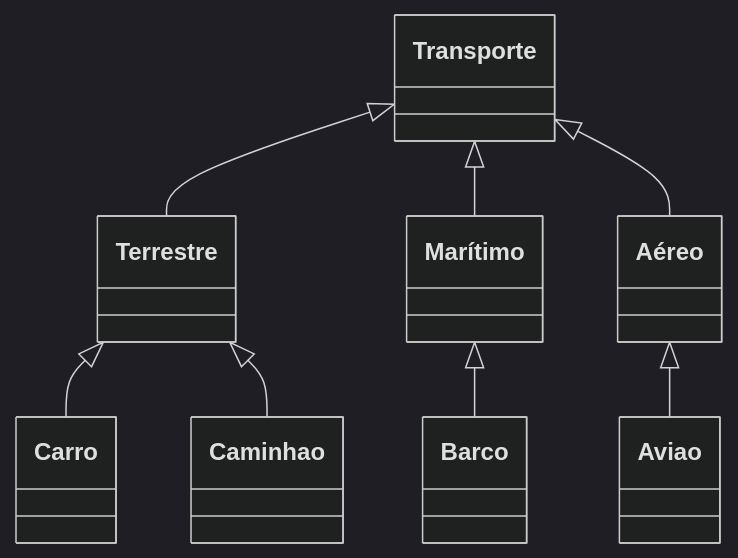
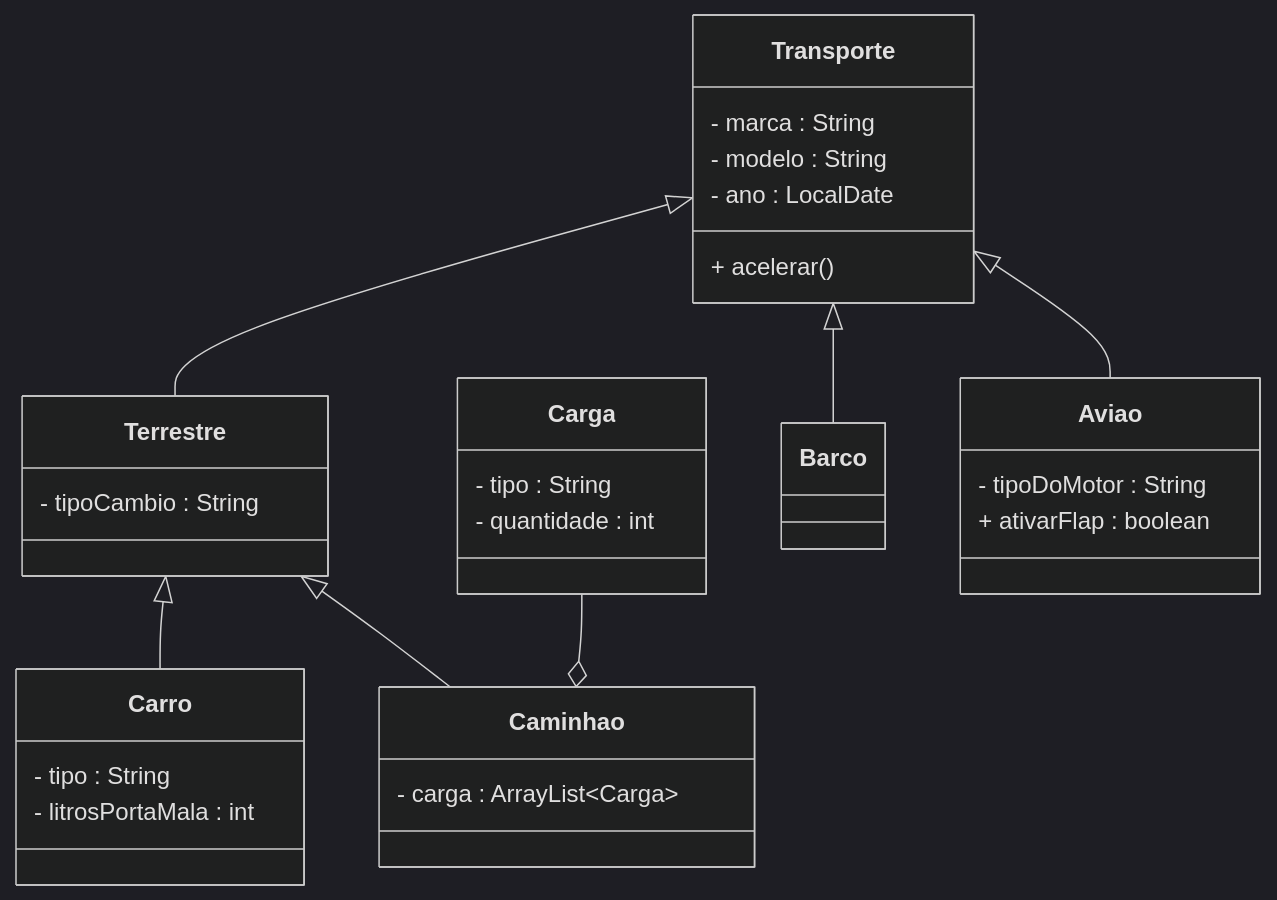
One commit to feliperezn/IFSC-ADS-POO-2026-2 changed the third of 3 diagrams in Aulas/2026-10-14-aula/readme.md. Above: the diagram before and after it, drawn with Mermaid (dark theme). The commit also changed 1 other file, not shown here.

Commit message:
docs: detalhar diagrama de classes de transportes

````diff
--- a/Aulas/2026-10-14-aula/readme.md
+++ b/Aulas/2026-10-14-aula/readme.md
@@ -79,27 +79,46 @@
 ```mermaid
     classDiagram
         direction BT
 
     class Transporte {
-
+        - marca : String
+        - modelo : String
+        - ano : LocalDate
+        + acelerar()
     }
 
     class Terrestre {
-
+        - tipoCambio : String
     }
 
-    class Carro {
-
+    class Caminhao {
+        - carga : ArrayList~Carga~
     }
 
+    class Carga {
+        - tipo : String
+        - quantidade : int
+    }
+
+
+    class Carro {
+        - tipo : String
+        - litrosPortaMala : int
+    }
+
+    class Aviao {
+        - tipoDoMotor : String
+        + ativarFlap : boolean
+    }
+
+
+
     Terrestre --|> Transporte
-    Marítimo --|> Transporte
-    Aéreo --|> Transporte
 
     Carro --|> Terrestre
     Caminhao --|> Terrestre
+    Caminhao o-- Carga
 
-    Barco --|> Marítimo
-    Aviao --|> Aéreo
-
+    Barco --|> Transporte
+    Aviao --|> Transporte
 ```
````
